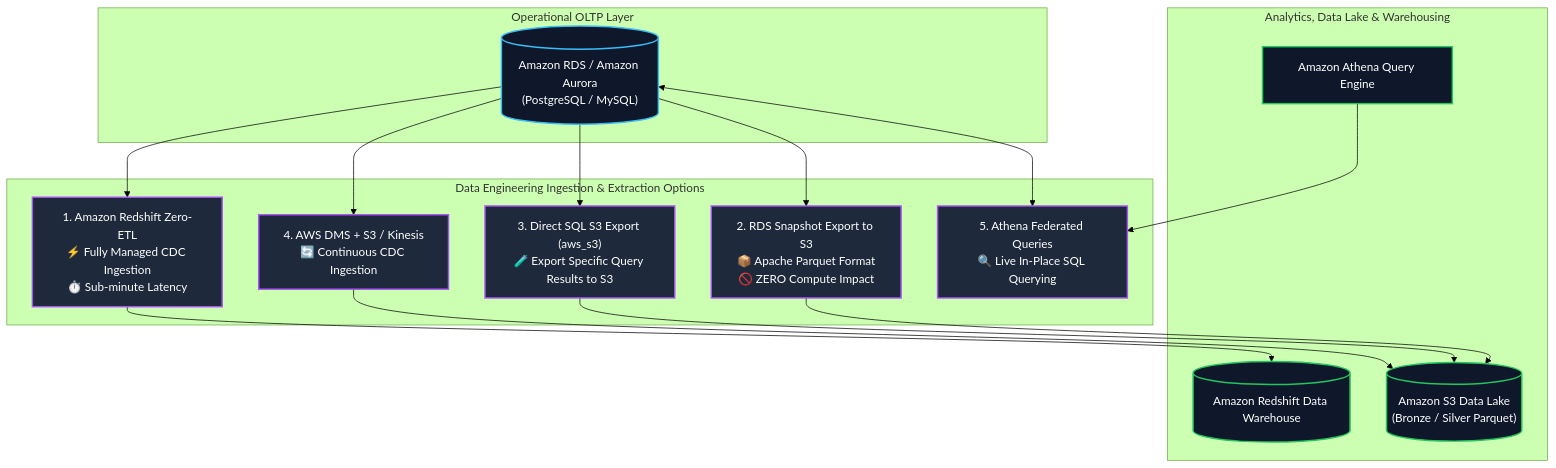
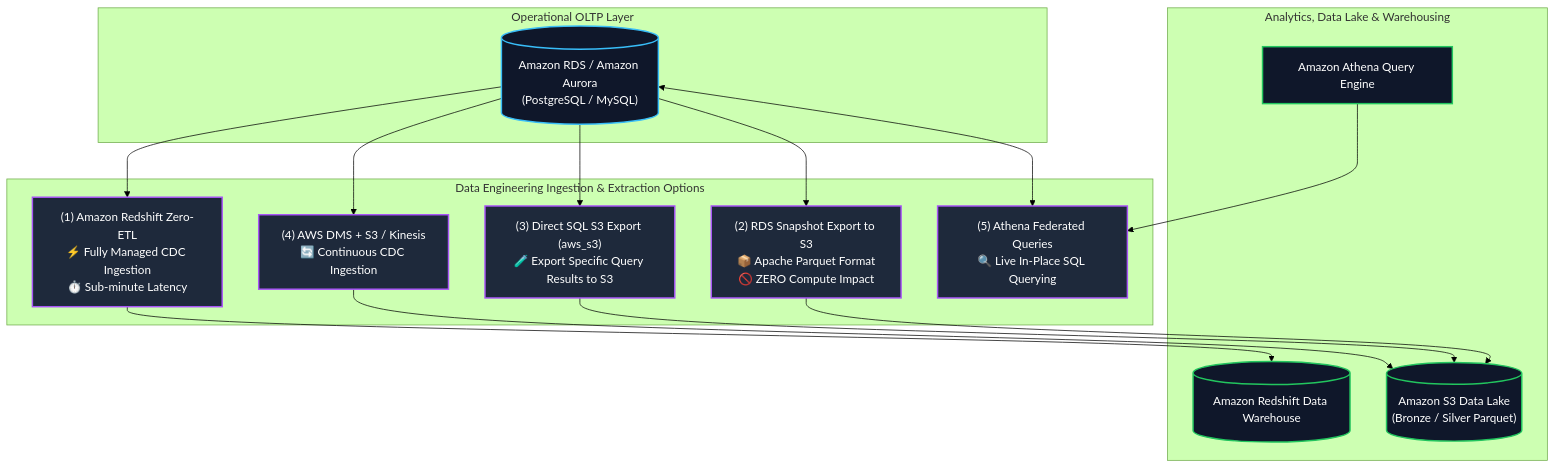
One commit to Wathon/aws-dea-c01-note changed the fifth of 6 diagrams in content/02-services/database/rds-and-aurora.md. Above: the diagram before and after it, drawn with Mermaid (forest theme). The commit also changed other lines of this file and 19 other files, not shown here.

Commit message:
fix(mermaid): resolve 'Unsupported markdown: list' rendering issues across all diagram node and edge labels

````diff
--- a/content/02-services/database/rds-and-aurora.md
+++ b/content/02-services/database/rds-and-aurora.md
@@ -263,35 +263,35 @@
 ```mermaid
 graph TD
     subgraph OperationalLayer["Operational OLTP Layer"]
         RDS_Aurora[("Amazon RDS / Amazon Aurora<br/>(PostgreSQL / MySQL)")]
     end
 
     subgraph DataEngineeringPipelines["Data Engineering Ingestion & Extraction Options"]
-        Option1["1. Amazon Redshift Zero-ETL<br/>⚡ Fully Managed CDC Ingestion<br/>⏱️ Sub-minute Latency"]
-        Option2["2. RDS Snapshot Export to S3<br/>📦 Apache Parquet Format<br/>🚫 ZERO Compute Impact"]
-        Option3["3. Direct SQL S3 Export (aws_s3)<br/>🧪 Export Specific Query Results to S3"]
-        Option4["4. AWS DMS + S3 / Kinesis<br/>🔄 Continuous CDC Ingestion"]
-        Option5["5. Athena Federated Queries<br/>🔍 Live In-Place SQL Querying"]
+        Option1["(1) Amazon Redshift Zero-ETL<br/>⚡ Fully Managed CDC Ingestion<br/>⏱️ Sub-minute Latency"]
+        Option2["(2) RDS Snapshot Export to S3<br/>📦 Apache Parquet Format<br/>🚫 ZERO Compute Impact"]
+        Option3["(3) Direct SQL S3 Export (aws_s3)<br/>🧪 Export Specific Query Results to S3"]
+        Option4["(4) AWS DMS + S3 / Kinesis<br/>🔄 Continuous CDC Ingestion"]
+        Option5["(5) Athena Federated Queries<br/>🔍 Live In-Place SQL Querying"]
     end
 
     subgraph AnalyticsLayer["Analytics, Data Lake & Warehousing"]
         RedshiftDW[("Amazon Redshift Data Warehouse")]
         S3DataLake[("Amazon S3 Data Lake<br/>(Bronze / Silver Parquet)")]
         AthenaQuery["Amazon Athena Query Engine"]
     end
 
     RDS_Aurora --> Option1 --> RedshiftDW
     RDS_Aurora --> Option2 --> S3DataLake
     RDS_Aurora --> Option3 --> S3DataLake
     RDS_Aurora --> Option4 --> S3DataLake
     RDS_Aurora <--> Option5
     AthenaQuery --> Option5
 
     classDef rds fill:#0f172a,stroke:#38bdf8,stroke-width:2px,color:#fff;
     classDef pipe fill:#1e293b,stroke:#a855f7,stroke-width:2px,color:#fff;
     classDef lake fill:#0f172a,stroke:#22c55e,stroke-width:2px,color:#fff;
 
     class RDS_Aurora rds;
     class Option1,Option2,Option3,Option4,Option5 pipe;
     class RedshiftDW,S3DataLake,AthenaQuery lake;
 ```
````
